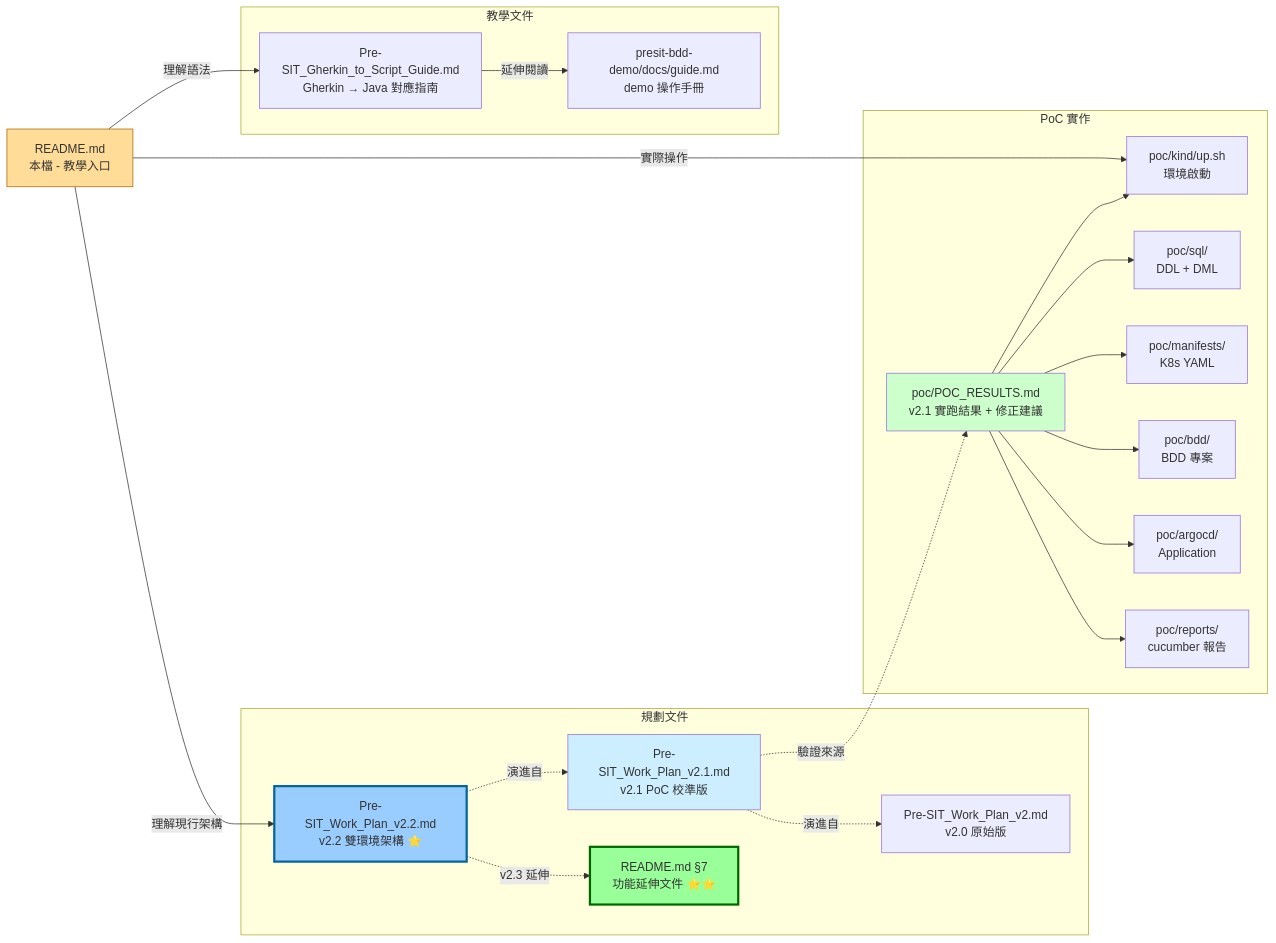
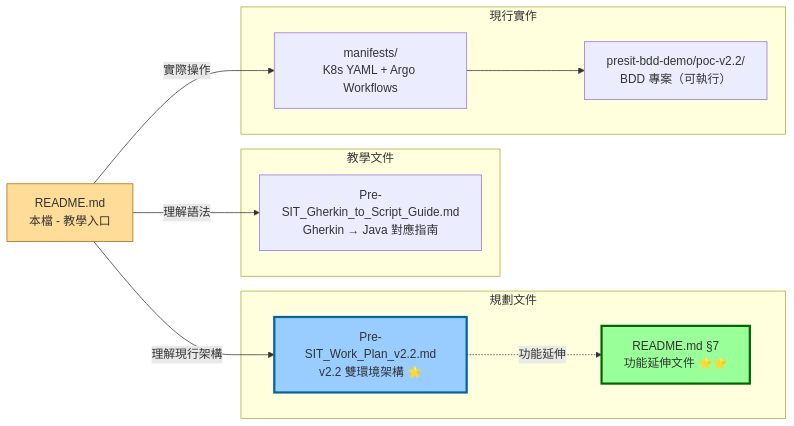
One commit to ChunPingWang/pre-site-tutorial changed the third of 16 diagrams in README.md. Above: the diagram before and after it, drawn with Mermaid. The commit also changed other lines of this file, not shown here.

Commit message:
docs(readme): §2 移除舊版文件引用、修正過時錨點
- Mermaid 圖：移除 v2.0/v2.1 節點，改為展示現行實作（v2.2 + Argo）
- 文件導覽表：移除 v2.1/v2.0 計畫書、v2.0 demo guide、v2.1 poc/ 條目
- §2.1 情境表：移除 v2.1 升級路徑、v2.0 演進學習路徑等過時情境
- §7.2 TOC：移除顯示文字中的「（v2.1）」標籤
- §7.5 標題：移除「Stage C：」前綴
- 修正過時錨點 #711-argo-workflows-pipeline-orchestrator → #711-argo-workflows取代-jenkins
- §8.1：重新整理為 presit-bdd-demo/ 目錄對照表

````diff
--- a/README.md
+++ b/README.md
@@ -106,47 +106,28 @@
 ```mermaid
 graph LR
     R[README.md<br/>本檔 - 教學入口]
 
     subgraph 規劃文件
-        P1[Pre-SIT_Work_Plan_v2.md<br/>v2.0 原始版]
-        P2[Pre-SIT_Work_Plan_v2.1.md<br/>v2.1 PoC 校準版]
         P3[Pre-SIT_Work_Plan_v2.2.md<br/>v2.2 雙環境架構 ⭐]
         P4[README.md §7<br/>功能延伸文件 ⭐⭐]
     end
 
     subgraph 教學文件
         G[Pre-SIT_Gherkin_to_Script_Guide.md<br/>Gherkin → Java 對應指南]
-        DG[presit-bdd-demo/docs/guide.md<br/>demo 操作手冊]
     end
 
-    subgraph PoC 實作
-        PR[poc/POC_RESULTS.md<br/>v2.1 實跑結果 + 修正建議]
-        K[poc/kind/up.sh<br/>環境啟動]
-        SQL[poc/sql/<br/>DDL + DML]
-        M[poc/manifests/<br/>K8s YAML]
-        BDD[poc/bdd/<br/>BDD 專案]
-        A[poc/argocd/<br/>Application]
-        REP[poc/reports/<br/>cucumber 報告]
+    subgraph 現行實作
+        M[manifests/<br/>K8s YAML + Argo Workflows]
+        BDD[presit-bdd-demo/poc-v2.2/<br/>BDD 專案（可執行）]
     end
 
     R -->|理解現行架構| P3
-    P3 -.->|v2.3 延伸| P4
+    P3 -.->|功能延伸| P4
     R -->|理解語法| G
-    R -->|實際操作| K
-    P3 -.演進自.-> P2
-    P2 -.演進自.-> P1
-    P2 -.驗證來源.-> PR
-    G -->|延伸閱讀| DG
-    PR --> K
-    PR --> SQL
-    PR --> M
-    PR --> BDD
-    PR --> A
-    PR --> REP
+    R -->|實際操作| M
+    M --> BDD
 
     style R fill:#fd9,stroke:#a60
     style P3 fill:#9cf,stroke:#069,stroke-width:3px
-    style P2 fill:#cef
-    style PR fill:#cfc
     style P4 fill:#9f9,stroke:#060,stroke-width:3px
 ```
````
